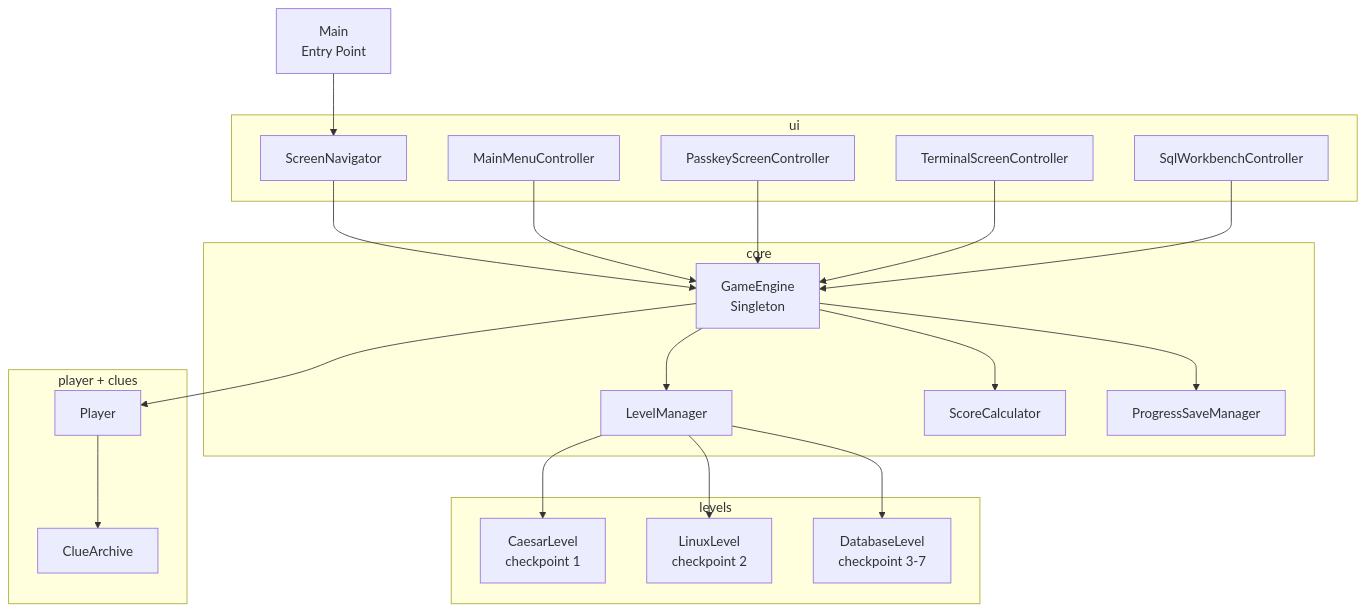
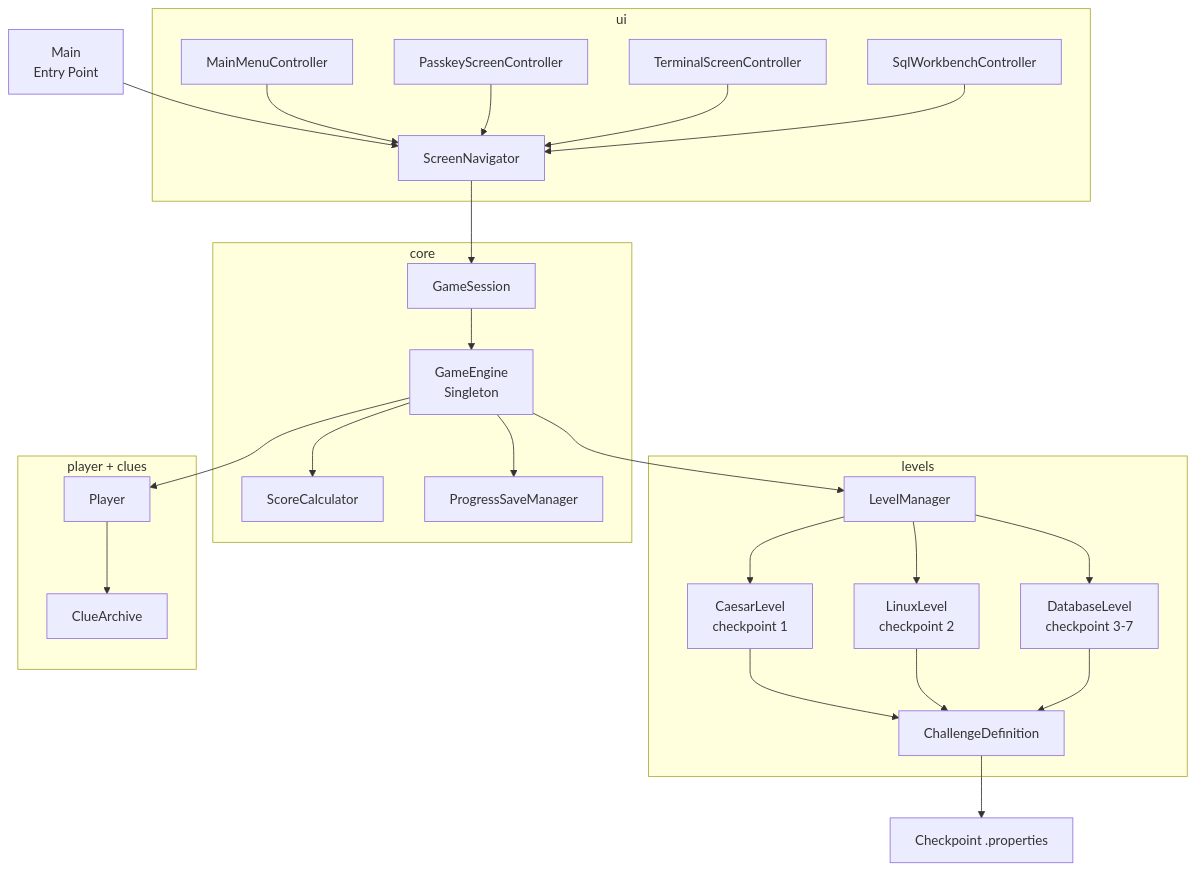
The first of 4 diagrams in docs/class-diagram.md (vixvify/cipher-quest), drawn with Mermaid before and after one commit. The commit also changed other lines of this file and 70 other files, not shown here.

````diff
--- a/docs/class-diagram.md
+++ b/docs/class-diagram.md
@@ -5,48 +5,57 @@
 ```mermaid
 graph TD
     Main["Main\nEntry Point"]
 
     subgraph UI["ui"]
         SN["ScreenNavigator"]
         MM["MainMenuController"]
         PK["PasskeyScreenController"]
         TM["TerminalScreenController"]
         SQL["SqlWorkbenchController"]
     end
 
     subgraph Core["core"]
+        GS["GameSession"]
         GE["GameEngine\nSingleton"]
-        LM["LevelManager"]
         SC["ScoreCalculator"]
         PS["ProgressSaveManager"]
     end
 
     subgraph Levels["levels"]
+        LM["LevelManager"]
+        CD["ChallengeDefinition"]
         CL["CaesarLevel\ncheckpoint 1"]
         LL["LinuxLevel\ncheckpoint 2"]
         DL["DatabaseLevel\ncheckpoint 3-7"]
     end
+
+    Choices["Checkpoint .properties"]
 
     subgraph PlayerPkg["player + clues"]
         P["Player"]
         CA["ClueArchive"]
     end
 
     Main --> SN
-    SN --> GE
-    MM --> GE
-    PK --> GE
-    TM --> GE
-    SQL --> GE
+    MM --> SN
+    PK --> SN
+    TM --> SN
+    SQL --> SN
+    SN --> GS
+    GS --> GE
 
     GE --> LM
     GE --> SC
     GE --> PS
     GE --> P
 
     LM --> CL
     LM --> LL
     LM --> DL
+    CL --> CD
+    LL --> CD
+    DL --> CD
+    CD --> Choices
 
     P --> CA
 ```
````
